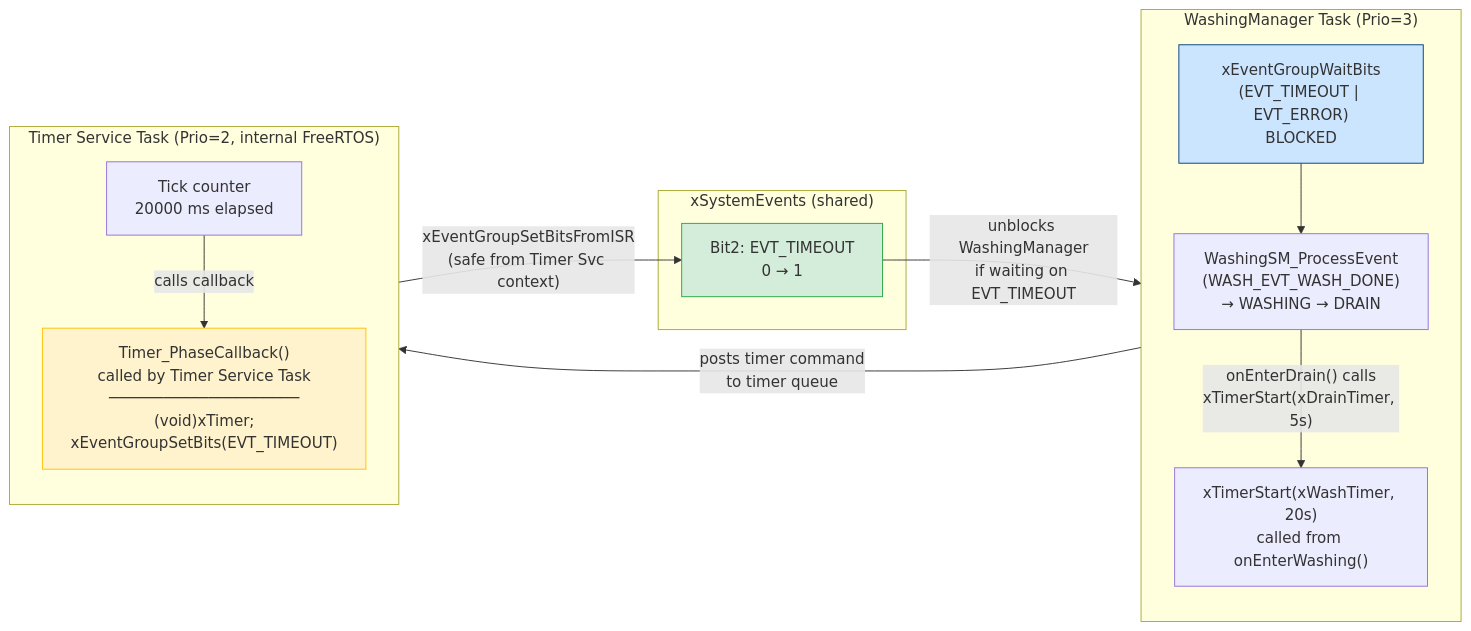
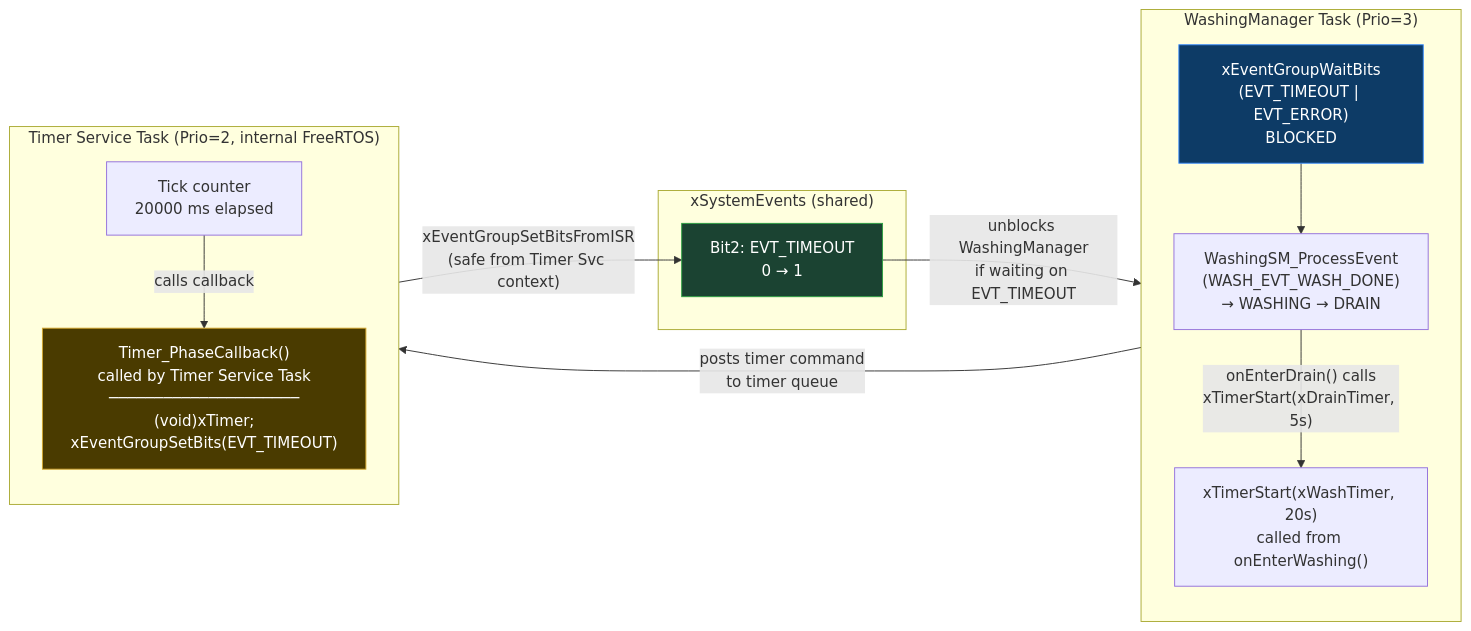
The eighth of 9 diagrams in docs/SYSTEM_DIAGRAMS.md (TTonyVi/Freertos_ST), drawn with Mermaid before and after one commit. The commit also changed other lines of this file and 15 other files, not shown here.

````diff
--- a/docs/SYSTEM_DIAGRAMS.md
+++ b/docs/SYSTEM_DIAGRAMS.md
@@ -400,30 +416,30 @@
 ```mermaid
 flowchart LR
     subgraph WashMgr["WashingManager Task (Prio=3)"]
         direction TB
         ENA["xTimerStart(xWashTimer, 20s)\ncalled from onEnterWashing()"]
         WAIT_T["xEventGroupWaitBits\n(EVT_TIMEOUT | EVT_ERROR)\nBLOCKED"]
         PROC["WashingSM_ProcessEvent\n(WASH_EVT_WASH_DONE)\n→ WASHING → DRAIN"]
     end
 
     subgraph TimerSvc["Timer Service Task (Prio=2, internal FreeRTOS)"]
         direction TB
         COUNT["Tick counter\n20000 ms elapsed"]
         CB["Timer_PhaseCallback()\ncalled by Timer Service Task\n─────────────────────\n(void)xTimer;\nxEventGroupSetBits(EVT_TIMEOUT)"]
     end
 
     subgraph EvtGrp["xSystemEvents (shared)"]
         BIT["Bit2: EVT_TIMEOUT\n0 → 1"]
     end
 
     ENA -->|"posts timer command\nto timer queue"| COUNT
     COUNT -->|"calls callback"| CB
     CB -->|"xEventGroupSetBitsFromISR\n(safe from Timer Svc context)"| BIT
     BIT -->|"unblocks WashingManager\nif waiting on EVT_TIMEOUT"| WAIT_T
     WAIT_T --> PROC
     PROC -->|"onEnterDrain() calls\nxTimerStart(xDrainTimer, 5s)"| ENA
 
-    style CB fill:#fff3cd,stroke:#ffc107
-    style BIT fill:#d4edda,stroke:#28a745
-    style WAIT_T fill:#cce5ff,stroke:#004085
+    style CB fill:#4a3b00,stroke:#d4a72c,color:#ffffff
+    style BIT fill:#1b4332,stroke:#2ea043,color:#ffffff
+    style WAIT_T fill:#0d3b66,stroke:#388bfd,color:#ffffff
 ```
````
